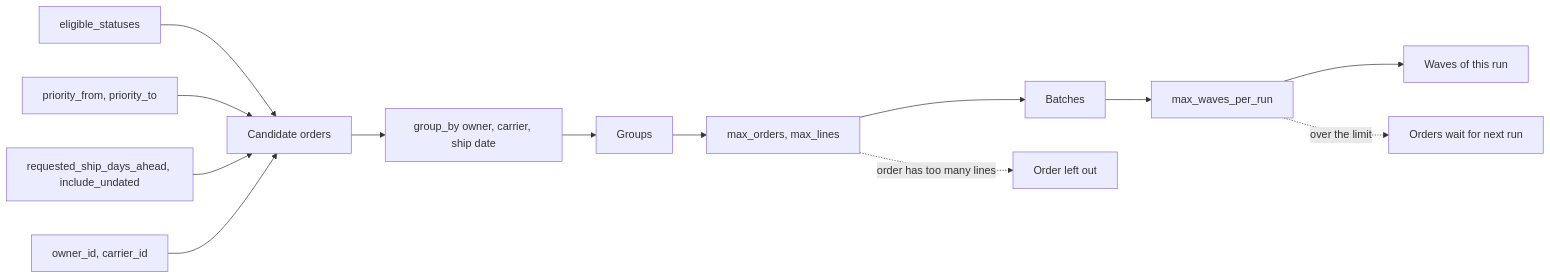
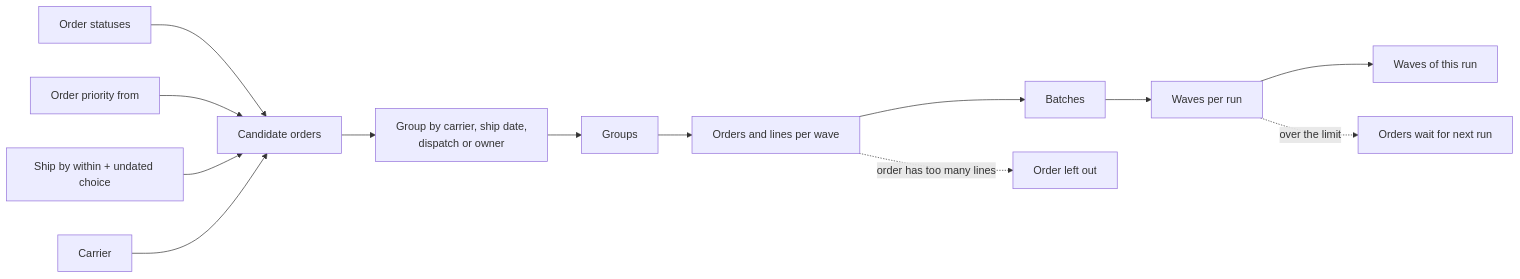
One commit to msmurygin/quark-docs changed the first of 3 diagrams in docs-obsidian/user-guide/diagrams/allocation/25-influence-wave-policy.md. Above: the diagram before and after it, drawn with Mermaid. The commit also changed other lines of this file and 10 other files, not shown here.

````diff
--- a/docs-obsidian/user-guide/diagrams/allocation/25-influence-wave-policy.md
+++ b/docs-obsidian/user-guide/diagrams/allocation/25-influence-wave-policy.md
@@ -17,15 +17,15 @@
 ```mermaid
 flowchart LR
-    A["eligible_statuses"] --> CAND["Candidate orders"]
-    B["priority_from, priority_to"] --> CAND
-    C["requested_ship_days_ahead, include_undated"] --> CAND
-    D["owner_id, carrier_id"] --> CAND
-    CAND --> G["group_by owner, carrier, ship date"]
+    A["Order statuses"] --> CAND["Candidate orders"]
+    B["Order priority from"] --> CAND
+    C["Ship by within + undated choice"] --> CAND
+    D["Carrier"] --> CAND
+    CAND --> G["Group by carrier, ship date,<br/>dispatch or owner"]
     G --> GR["Groups"]
-    GR --> L["max_orders, max_lines"]
+    GR --> L["Orders and lines per wave"]
     L --> BA["Batches"]
-    BA --> W["max_waves_per_run"]
+    BA --> W["Waves per run"]
     W --> WV["Waves of this run"]
     L -. "order has too many lines" .-> EX1["Order left out"]
     W -. "over the limit" .-> EX2["Orders wait for next run"]
 ```
````
